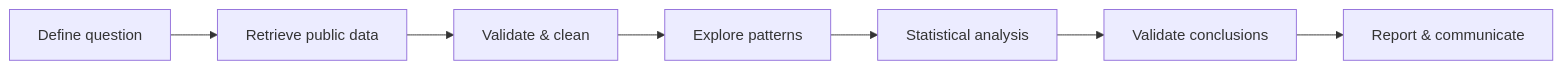
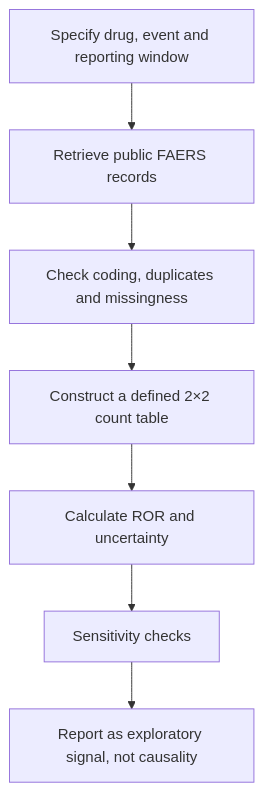
The diagram in README.md (mbilal-OU/SafeSignal), drawn with Mermaid before and after one commit. The commit also changed other lines of this file, not shown here.

````diff
--- a/README.md
+++ b/README.md
@@ -46,9 +28,9 @@
 ```mermaid
-flowchart LR
-  A["Define question"] --> B["Retrieve public data"]
-  B --> C["Validate & clean"]
-  C --> D["Explore patterns"]
-  D --> E["Statistical analysis"]
-  E --> F["Validate conclusions"]
-  F --> G["Report & communicate"]
+flowchart TD
+  A["Specify drug, event and reporting window"] --> B["Retrieve public FAERS records"]
+  B --> C["Check coding, duplicates and missingness"]
+  C --> D["Construct a defined 2×2 count table"]
+  D --> E["Calculate ROR and uncertainty"]
+  E --> F["Sensitivity checks"]
+  F --> G["Report as exploratory signal, not causality"]
 ```
````
